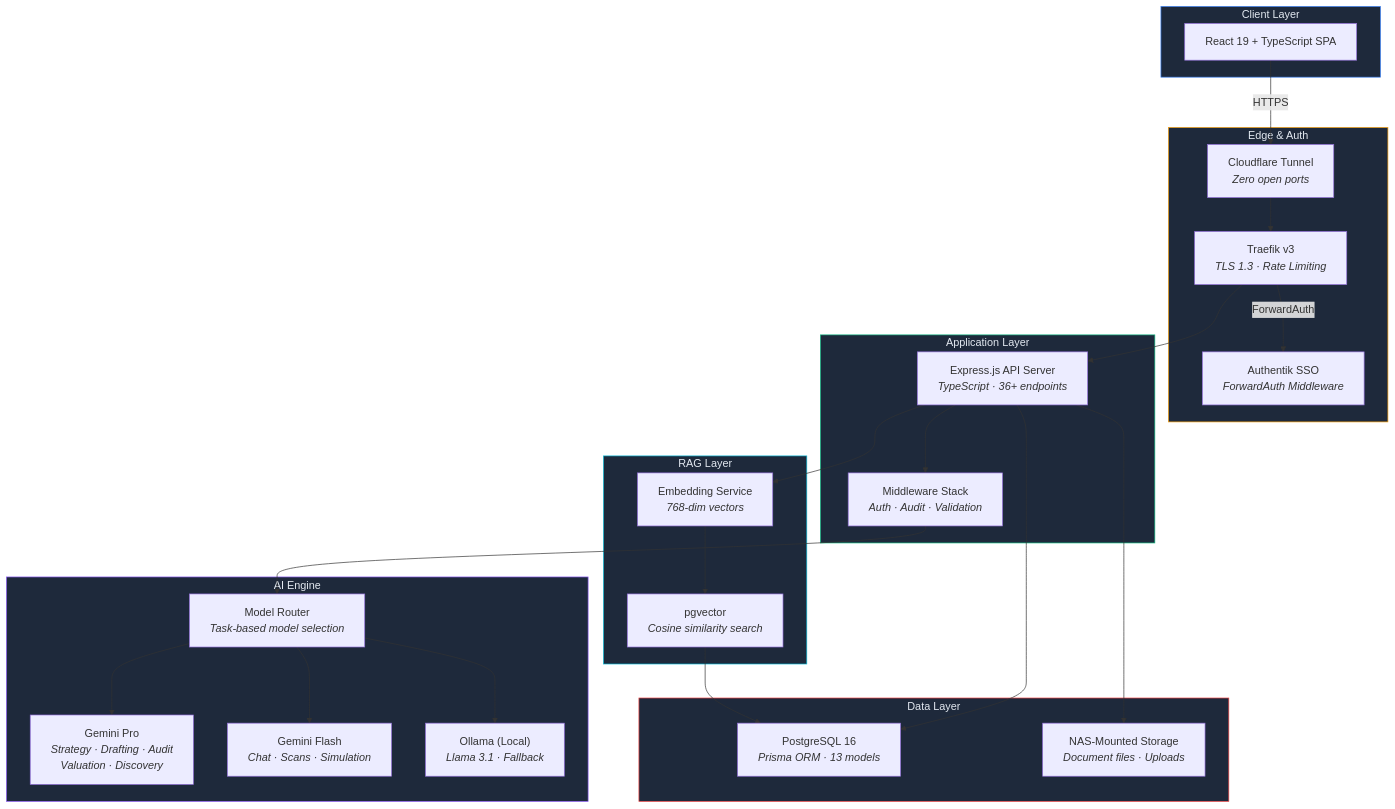
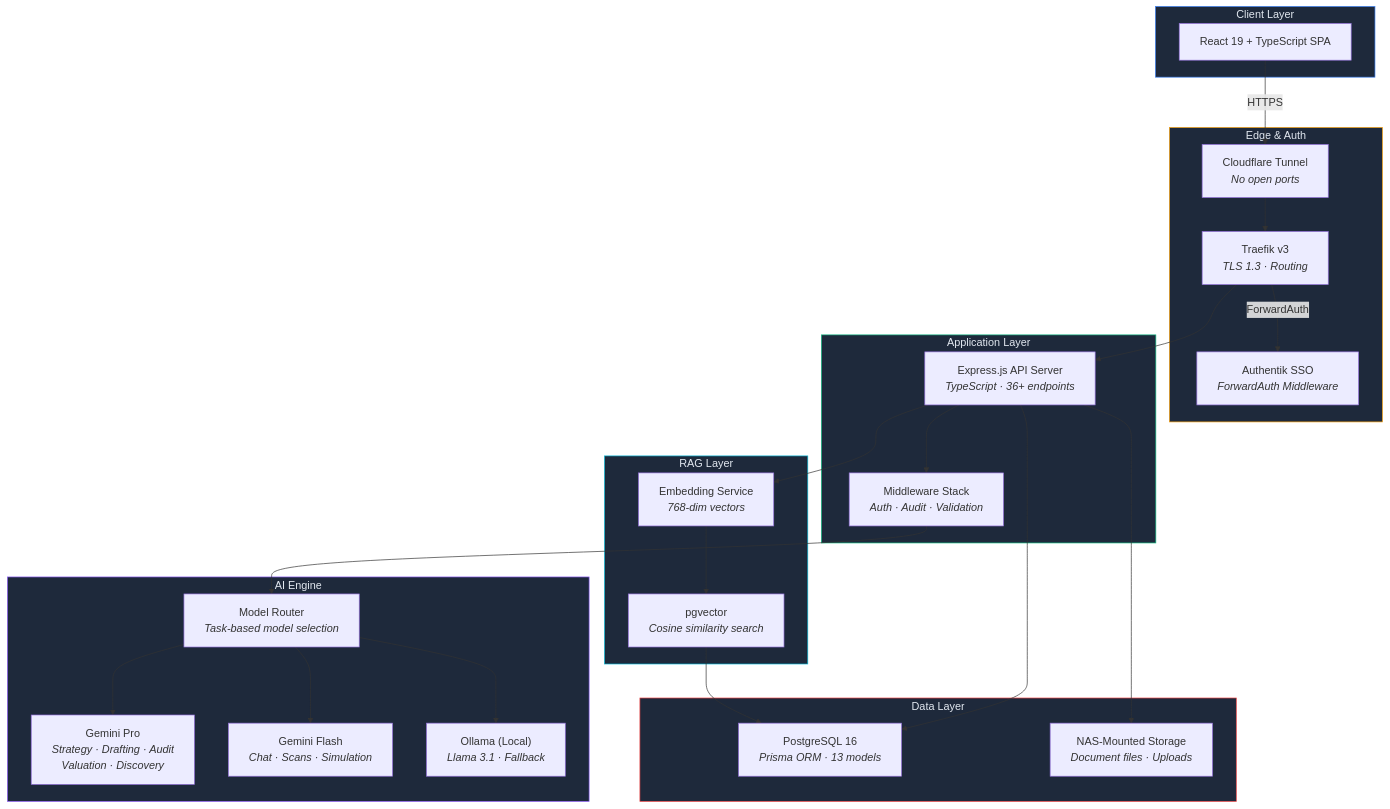
One commit to EolaFam1828/AetherLegalIntelligence changed the first of 11 diagrams in ARCHITECTURE.md. Above: the diagram before and after it, drawn with Mermaid. The commit also changed other lines of this file and 7 other files, not shown here.

First line of the commit message:
Honesty audit: remove overclaims, add limitations and roadmap

````diff
--- a/ARCHITECTURE.md
+++ b/ARCHITECTURE.md
@@ -11,50 +11,50 @@
 ```mermaid
 flowchart TB
     subgraph CLIENT["Client Layer"]
         UI["React 19 + TypeScript SPA"]
     end
 
     subgraph EDGE["Edge & Auth"]
-        CF["Cloudflare Tunnel<br/><i>Zero open ports</i>"]
-        TF["Traefik v3<br/><i>TLS 1.3 · Rate Limiting</i>"]
+        CF["Cloudflare Tunnel<br/><i>No open ports</i>"]
+        TF["Traefik v3<br/><i>TLS 1.3 · Routing</i>"]
         AK["Authentik SSO<br/><i>ForwardAuth Middleware</i>"]
     end
 
     subgraph API["Application Layer"]
         EX["Express.js API Server<br/><i>TypeScript · 36+ endpoints</i>"]
         MW["Middleware Stack<br/><i>Auth · Audit · Validation</i>"]
     end
 
     subgraph AI["AI Engine"]
         RT["Model Router<br/><i>Task-based model selection</i>"]
         G3P["Gemini Pro<br/><i>Strategy · Drafting · Audit<br/>Valuation · Discovery</i>"]
         G3F["Gemini Flash<br/><i>Chat · Scans · Simulation</i>"]
         OL["Ollama (Local)<br/><i>Llama 3.1 · Fallback</i>"]
     end
 
     subgraph VECTOR["RAG Layer"]
         EMB["Embedding Service<br/><i>768-dim vectors</i>"]
         PGV["pgvector<br/><i>Cosine similarity search</i>"]
     end
 
     subgraph DATA["Data Layer"]
         PG["PostgreSQL 16<br/><i>Prisma ORM · 13 models</i>"]
         FS["NAS-Mounted Storage<br/><i>Document files · Uploads</i>"]
     end
 
     UI -->|HTTPS| CF --> TF
     TF -->|ForwardAuth| AK
     TF --> EX
     EX --> MW --> RT
     RT --> G3P & G3F & OL
     EX --> EMB --> PGV
     PGV --> PG
     EX --> PG & FS
 
     style CLIENT fill:#1e293b,stroke:#3b82f6,color:#e2e8f0
     style EDGE fill:#1e293b,stroke:#f59e0b,color:#e2e8f0
     style API fill:#1e293b,stroke:#10b981,color:#e2e8f0
     style AI fill:#1e293b,stroke:#8b5cf6,color:#e2e8f0
     style VECTOR fill:#1e293b,stroke:#06b6d4,color:#e2e8f0
     style DATA fill:#1e293b,stroke:#ef4444,color:#e2e8f0
 ```
````
